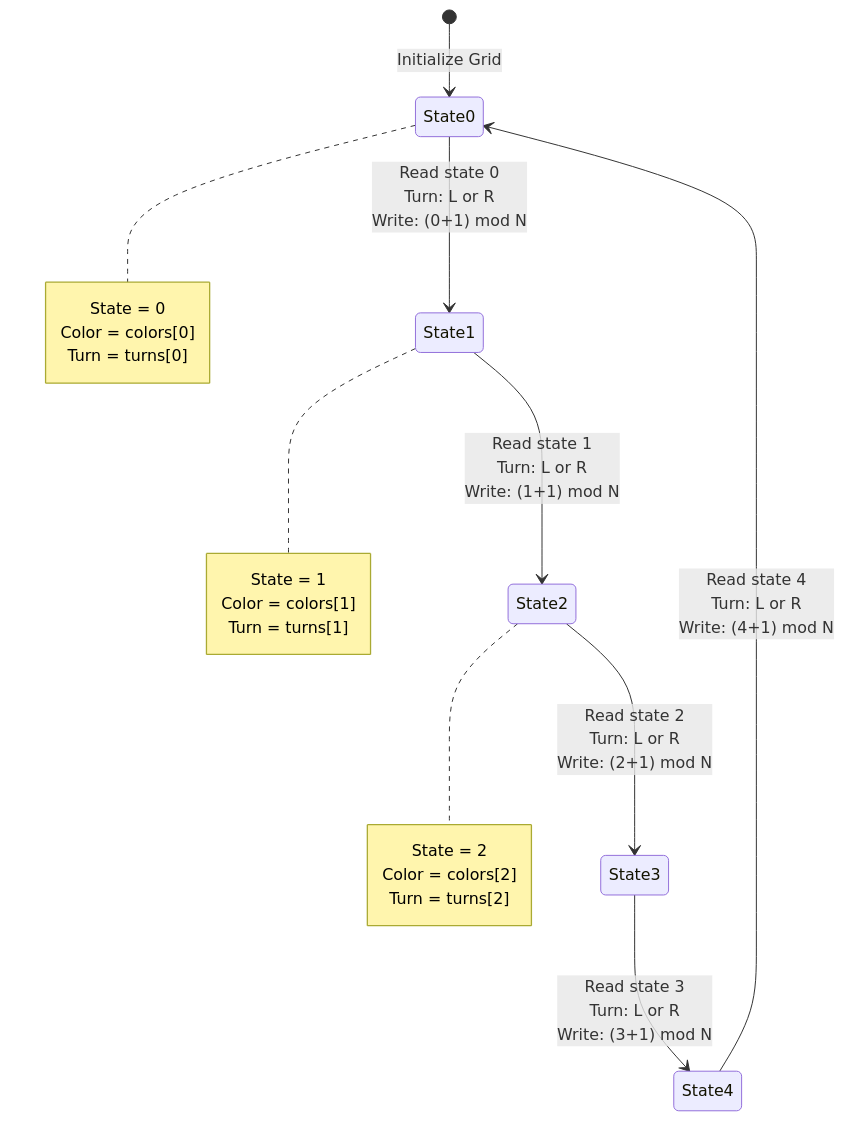
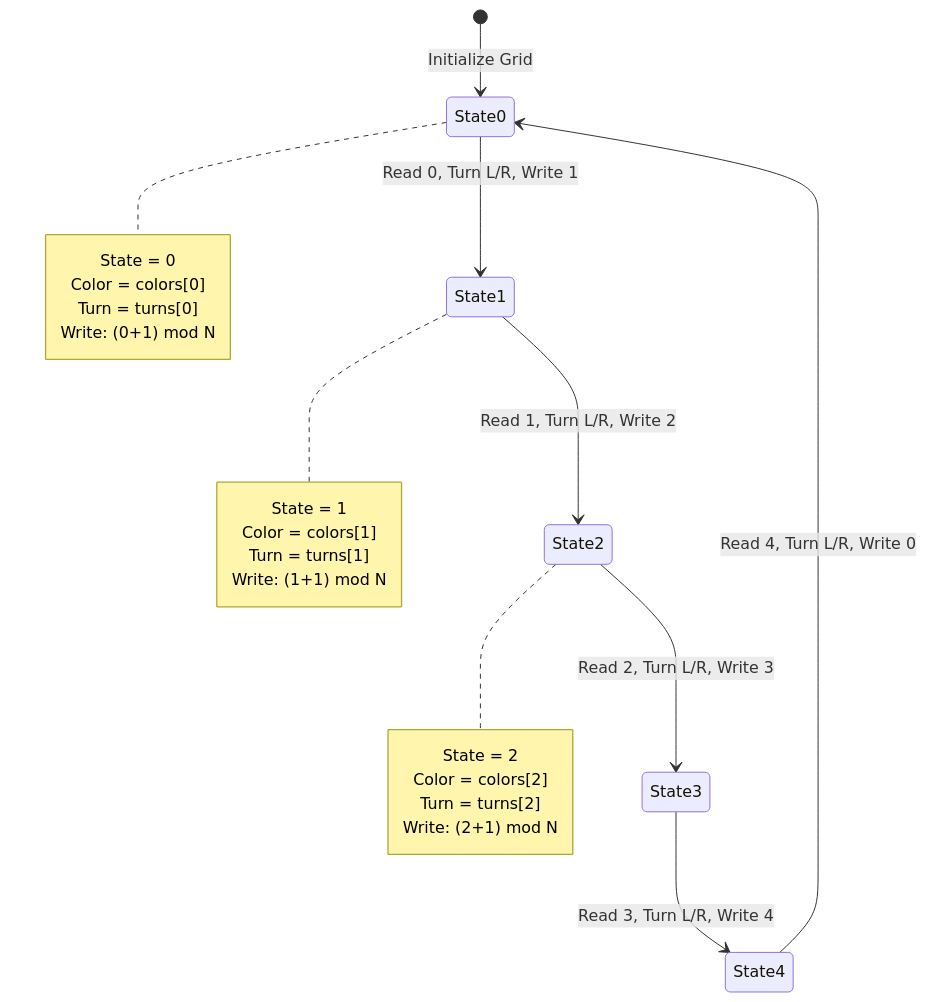
Before and after one commit to I-AbdullahAsim/TOA: the first of 8 diagrams in README.md, drawn with Mermaid. The commit also changed other lines of this file, not shown here.

````diff
--- a/README.md
+++ b/README.md
@@ -20,28 +20,31 @@
 ```mermaid
 stateDiagram-v2
     [*] --> State0: Initialize Grid
     
-    State0 --> State1: Read state 0<br/>Turn: L or R<br/>Write: (0+1) mod N
-    State1 --> State2: Read state 1<br/>Turn: L or R<br/>Write: (1+1) mod N
-    State2 --> State3: Read state 2<br/>Turn: L or R<br/>Write: (2+1) mod N
-    State3 --> State4: Read state 3<br/>Turn: L or R<br/>Write: (3+1) mod N
-    State4 --> State0: Read state 4<br/>Turn: L or R<br/>Write: (4+1) mod N
+    State0 --> State1: Read 0, Turn L/R, Write 1
+    State1 --> State2: Read 1, Turn L/R, Write 2
+    State2 --> State3: Read 2, Turn L/R, Write 3
+    State3 --> State4: Read 3, Turn L/R, Write 4
+    State4 --> State0: Read 4, Turn L/R, Write 0
     
     note right of State0
         State = 0
         Color = colors[0]
         Turn = turns[0]
+        Write: (0+1) mod N
     end note
     
     note right of State1
         State = 1
         Color = colors[1]
         Turn = turns[1]
+        Write: (1+1) mod N
     end note
     
     note right of State2
         State = 2
         Color = colors[2]
         Turn = turns[2]
+        Write: (2+1) mod N
     end note
 ```
````
